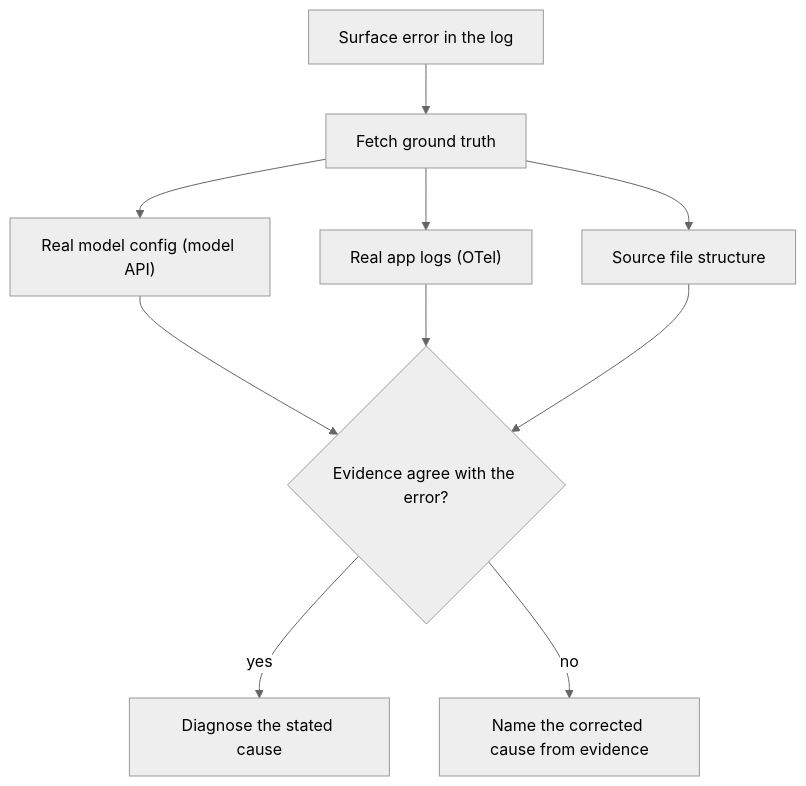
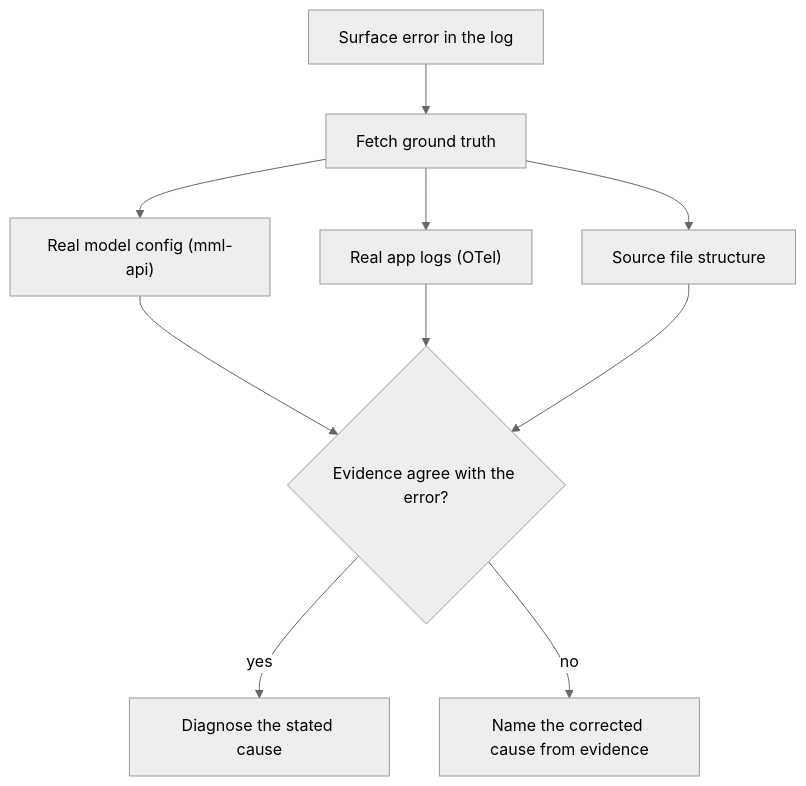
Before and after one commit to MihirUpasani/MihirUpasani.github.io: the ninth of 11 diagrams in src/content/blog/an-assistant-on-top-of-the-platform.md, drawn with Mermaid (neutral theme). The commit also changed other lines of this file and 2 other files, not shown here.

````diff
--- a/src/content/blog/an-assistant-on-top-of-the-platform.md
+++ b/src/content/blog/an-assistant-on-top-of-the-platform.md
@@ -197,12 +294,12 @@
 ```mermaid
 flowchart TB
     Err["Surface error in the log"] --> Check["Fetch ground truth"]
-    Check --> M["Real model config (model API)"]
+    Check --> M["Real model config (mml-api)"]
     Check --> L["Real app logs (OTel)"]
     Check --> F["Source file structure"]
     M --> Decide{"Evidence agree with the error?"}
     L --> Decide
     F --> Decide
     Decide -->|yes| Confirm["Diagnose the stated cause"]
     Decide -->|no| Correct["Name the corrected cause from evidence"]
 ```
````
